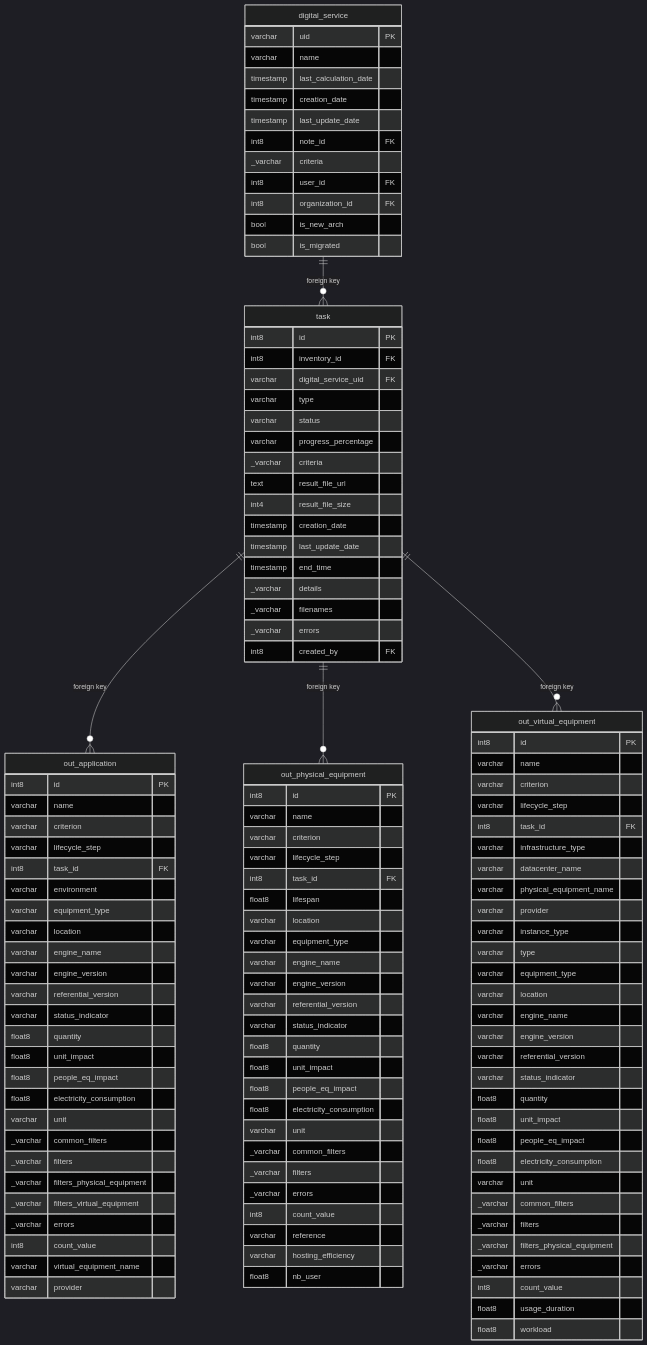
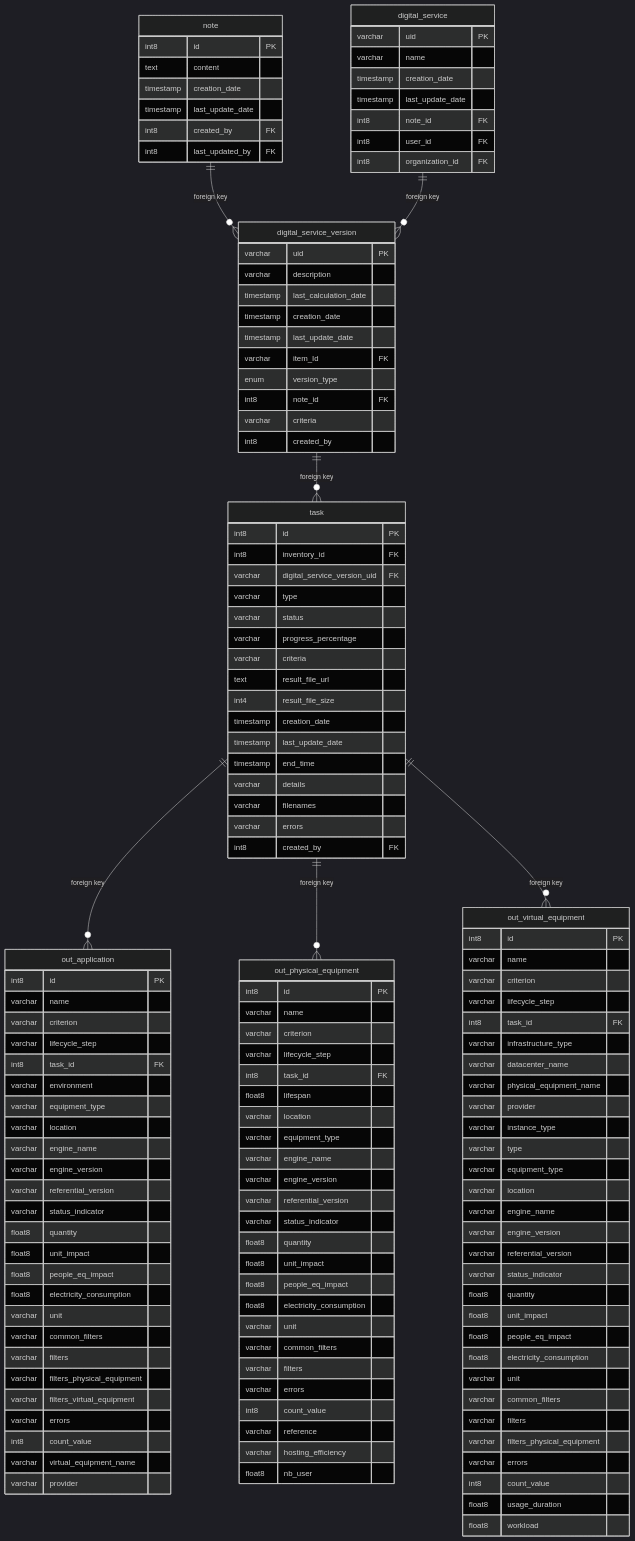
One commit to teamg4it/g4it changed the diagram in services/documentation/content/3-technical-documentation/4-backend_documentation/db_documentation/information_system_and_digital_service_output_data/digital_service_output_data/output.md. Above: the diagram before and after it, drawn with Mermaid (dark theme). The commit also changed other lines of this file and 5 other files, not shown here.

Commit message:
feat/1645 update the digital service output data with versionning and minor fix on input

````diff
--- a/services/documentation/content/3-technical-documentation/4-backend_documentation/db_documentation/information_system_and_digital_service_output_data/digital_service_output_data/output.md
+++ b/services/documentation/content/3-technical-documentation/4-backend_documentation/db_documentation/information_system_and_digital_service_output_data/digital_service_output_data/output.md
@@ -8,122 +8,140 @@
 ```mermaid
-erDiagram 
+erDiagram
 
-  digital_service {
-    varchar uid PK
-    varchar name
-    timestamp last_calculation_date
-    timestamp creation_date
-    timestamp last_update_date
-    int8 note_id FK
-    _varchar criteria
-    int8 user_id FK
+  note{     
+    int8 id PK     
+    text content     
+    timestamp creation_date     
+    timestamp last_update_date     
+    int8 created_by FK     
+    int8 last_updated_by FK  
+  }
+  digital_service{     
+    varchar uid PK     
+    varchar name     
+    timestamp creation_date     
+    timestamp last_update_date     
+    int8 note_id FK     
+    int8 user_id FK     
     int8 organization_id FK
-    bool is_new_arch
-    bool is_migrated
   }
-  task {
-    int8 id PK
-    int8 inventory_id FK
-    varchar digital_service_uid FK
-    varchar type
-    varchar status
-    varchar progress_percentage
-    _varchar criteria
-    text result_file_url
-    int4 result_file_size
-    timestamp creation_date
-    timestamp last_update_date
-    timestamp end_time
-    _varchar details
-    _varchar filenames
-    _varchar errors
-    int8 created_by FK
+  digital_service_version{     
+    varchar uid PK     
+    varchar description     
+    timestamp last_calculation_date     
+    timestamp creation_date     
+    timestamp last_update_date     
+    varchar item_Id FK    
+    enum version_type     
+    int8 note_id FK     
+    varchar criteria     
+    int8 created_by   
   }
-  out_application {
-    int8 id PK
-    varchar name
-    varchar criterion
-    varchar lifecycle_step
-    int8 task_id FK
-    varchar environment
-    varchar equipment_type
-    varchar location
-    varchar engine_name
-    varchar engine_version
-    varchar referential_version
-    varchar status_indicator
-    float8 quantity
-    float8 unit_impact
-    float8 people_eq_impact
-    float8 electricity_consumption
-    varchar unit
-    _varchar common_filters
-    _varchar filters
-    _varchar filters_physical_equipment
-    _varchar filters_virtual_equipment
-    _varchar errors
-    int8 count_value
-    varchar virtual_equipment_name
-    varchar provider
+task{     
+    int8 id PK     
+    int8 inventory_id FK     
+    varchar digital_service_version_uid FK     
+    varchar type     
+    varchar status     
+    varchar progress_percentage     
+    varchar criteria     
+    text result_file_url     
+    int4 result_file_size     
+    timestamp creation_date     
+    timestamp last_update_date     
+    timestamp end_time     
+    varchar details     
+    varchar filenames     
+    varchar errors     
+    int8 created_by FK   
   }
-  out_physical_equipment {
-    int8 id PK
-    varchar name
-    varchar criterion
-    varchar lifecycle_step
-    int8 task_id FK
-    float8 lifespan
-    varchar location
-    varchar equipment_type
-    varchar engine_name
-    varchar engine_version
-    varchar referential_version
-    varchar status_indicator
-    float8 quantity
-    float8 unit_impact
-    float8 people_eq_impact
-    float8 electricity_consumption
-    varchar unit
-    _varchar common_filters
-    _varchar filters
-    _varchar errors
-    int8 count_value
-    varchar reference
-    varchar hosting_efficiency
-    float8 nb_user
+  out_application{     
+    int8 id PK     
+    varchar name     
+    varchar criterion     
+    varchar lifecycle_step     
+    int8 task_id FK     
+    varchar environment     
+    varchar equipment_type     
+    varchar location     
+    varchar engine_name     
+    varchar engine_version     
+    varchar referential_version     
+    varchar status_indicator     
+    float8 quantity     
+    float8 unit_impact     
+    float8 people_eq_impact     
+    float8 electricity_consumption     
+    varchar unit     
+    varchar common_filters     
+    varchar filters     
+    varchar filters_physical_equipment     
+    varchar filters_virtual_equipment     
+    varchar errors     
+    int8 count_value     
+    varchar virtual_equipment_name     
+    varchar provider   
   }
-  out_virtual_equipment {
-    int8 id PK
-    varchar name
-    varchar criterion
-    varchar lifecycle_step
-    int8 task_id FK
-    varchar infrastructure_type
-    varchar datacenter_name
-    varchar physical_equipment_name
-    varchar provider
-    varchar instance_type
-    varchar type
-    varchar equipment_type
-    varchar location
-    varchar engine_name
-    varchar engine_version
-    varchar referential_version
-    varchar status_indicator
-    float8 quantity
-    float8 unit_impact
-    float8 people_eq_impact
-    float8 electricity_consumption
-    varchar unit
-    _varchar common_filters
-    _varchar filters
-    _varchar filters_physical_equipment
-    _varchar errors
-    int8 count_value
-    float8 usage_duration
-    float8 workload
+      out_physical_equipment{     
+      int8 id PK     
+      varchar name     
+      varchar criterion     
+      varchar lifecycle_step     
+      int8 task_id FK     
+      float8 lifespan     
+      varchar location     
+      varchar equipment_type     
+      varchar engine_name     
+      varchar engine_version     
+      varchar referential_version     
+      varchar status_indicator     
+      float8 quantity     
+      float8 unit_impact     
+      float8 people_eq_impact     
+      float8 electricity_consumption     
+      varchar unit     
+      varchar common_filters     
+      varchar filters     
+      varchar errors     
+      int8 count_value     
+      varchar reference     
+      varchar hosting_efficiency     
+      float8 nb_user   
   }
-  digital_service ||--o{ task : "foreign key"
+  out_virtual_equipment{     
+      int8 id PK     
+      varchar name     
+      varchar criterion     
+      varchar lifecycle_step     
+      int8 task_id FK     
+      varchar infrastructure_type     
+      varchar datacenter_name     
+      varchar physical_equipment_name     
+      varchar provider     
+      varchar instance_type     
+      varchar type     
+      varchar equipment_type     
+      varchar location     
+      varchar engine_name     
+      varchar engine_version     
+      varchar referential_version     
+      varchar status_indicator     
+      float8 quantity     
+      float8 unit_impact     
+      float8 people_eq_impact     
+      float8 electricity_consumption     
+      varchar unit     
+      varchar common_filters     
+      varchar filters     
+      varchar filters_physical_equipment     
+      varchar errors     
+      int8 count_value     
+      float8 usage_duration     
+      float8 workload   
+  }
+  note ||--o{ digital_service_version : "foreign key"
+  digital_service ||--o{ digital_service_version : "foreign key"
+  digital_service_version ||--o{ task : "foreign key"
   task ||--o{ out_application : "foreign key"
   task ||--o{ out_physical_equipment : "foreign key"
   task ||--o{ out_virtual_equipment : "foreign key"
````
